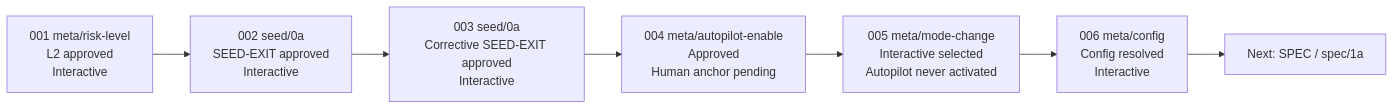
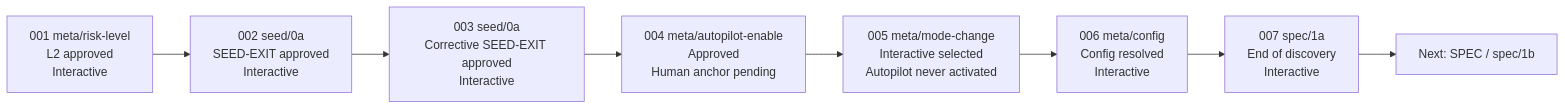
Before and after one commit to dvazqueb11/demo-agentic-workflow-sample: the diagram in twtty/replay-execution/execution-diagram.md, drawn with Mermaid. The commit also changed 3 other files, not shown here.

Commit message:
Close interactive discovery

````diff
--- a/twtty/replay-execution/execution-diagram.md
+++ b/twtty/replay-execution/execution-diagram.md
@@ -5,12 +5,13 @@
 ```mermaid
 flowchart LR
     R["001 meta/risk-level<br/>L2 approved<br/>Interactive"]
     S["002 seed/0a<br/>SEED-EXIT approved<br/>Interactive"]
     C["003 seed/0a<br/>Corrective SEED-EXIT approved<br/>Interactive"]
     A["004 meta/autopilot-enable<br/>Approved<br/>Human anchor pending"]
     I["005 meta/mode-change<br/>Interactive selected<br/>Autopilot never activated"]
     G["006 meta/config<br/>Config resolved<br/>Interactive"]
-    N["Next: SPEC / spec/1a"]
+    D["007 spec/1a<br/>End of discovery<br/>Interactive"]
+    N["Next: SPEC / spec/1b"]
 
-    R --> S --> C --> A --> I --> G --> N
+    R --> S --> C --> A --> I --> G --> D --> N
 ```
````
